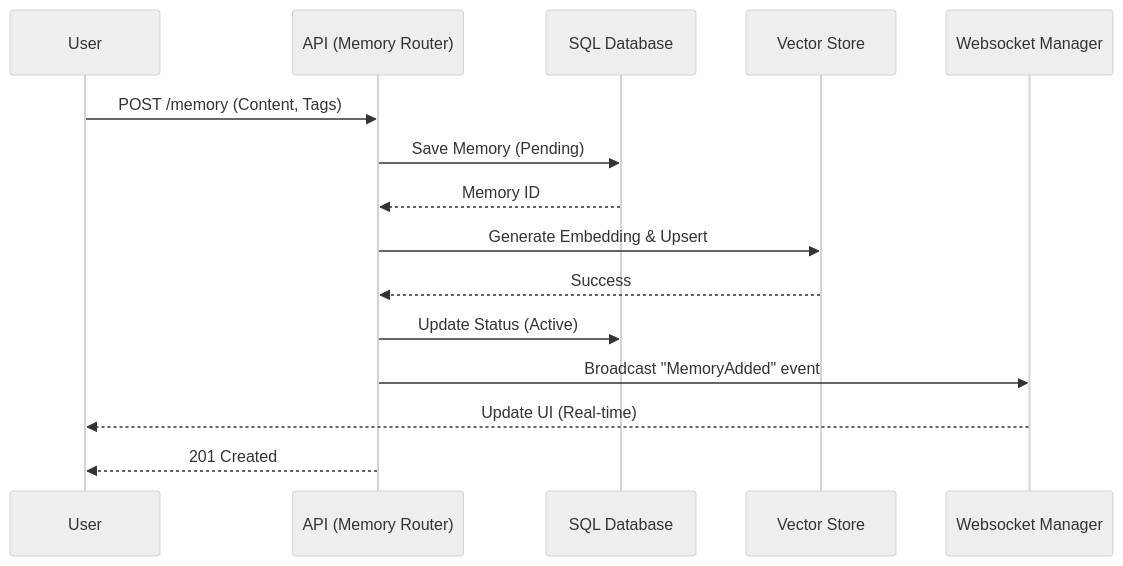
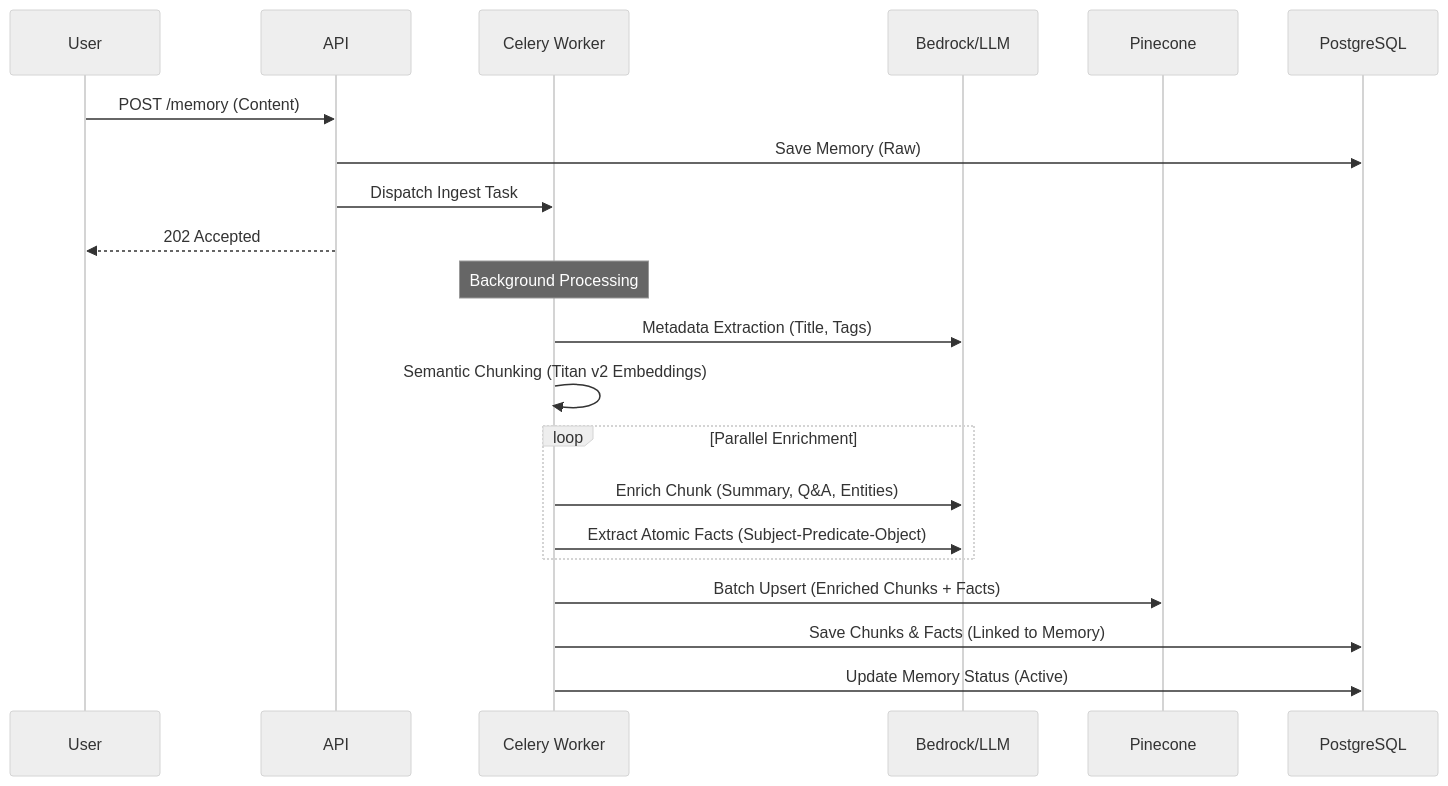
Before and after one commit to ramblinghermit0403/Memwyre: the second of 4 diagrams in system_design.md, drawn with Mermaid (neutral theme). The commit also changed other lines of this file and 35 other files, not shown here.

````diff
--- a/system_design.md
+++ b/system_design.md
@@ -59,18 +63,27 @@
 ```mermaid
 sequenceDiagram
     participant User
-    participant API as API (Memory Router)
-    participant DB as SQL Database
-    participant Vector as Vector Store
-    participant WS as Websocket Manager
+    participant API
+    participant Worker as Celery Worker
+    participant LLM as Bedrock/LLM
+    participant Vector as Pinecone
+    participant DB as PostgreSQL
 
-    User->>API: POST /memory (Content, Tags)
-    API->>DB: Save Memory (Pending)
-    DB-->>API: Memory ID
-    API->>Vector: Generate Embedding & Upsert
-    Vector-->>API: Success
-    API->>DB: Update Status (Active)
-    API->>WS: Broadcast "MemoryAdded" event
-    WS-->>User: Update UI (Real-time)
-    API-->>User: 201 Created
+    User->>API: POST /memory (Content)
+    API->>DB: Save Memory (Raw)
+    API->>Worker: Dispatch Ingest Task
+    API-->>User: 202 Accepted
+    
+    Note over Worker: Background Processing
+    Worker->>LLM: Metadata Extraction (Title, Tags)
+    Worker->>Worker: Semantic Chunking (Titan v2 Embeddings)
+    
+    loop Parallel Enrichment
+        Worker->>LLM: Enrich Chunk (Summary, Q&A, Entities)
+        Worker->>LLM: Extract Atomic Facts (Subject-Predicate-Object)
+    end
+    
+    Worker->>Vector: Batch Upsert (Enriched Chunks + Facts)
+    Worker->>DB: Save Chunks & Facts (Linked to Memory)
+    Worker->>DB: Update Memory Status (Active)
 ```
````
